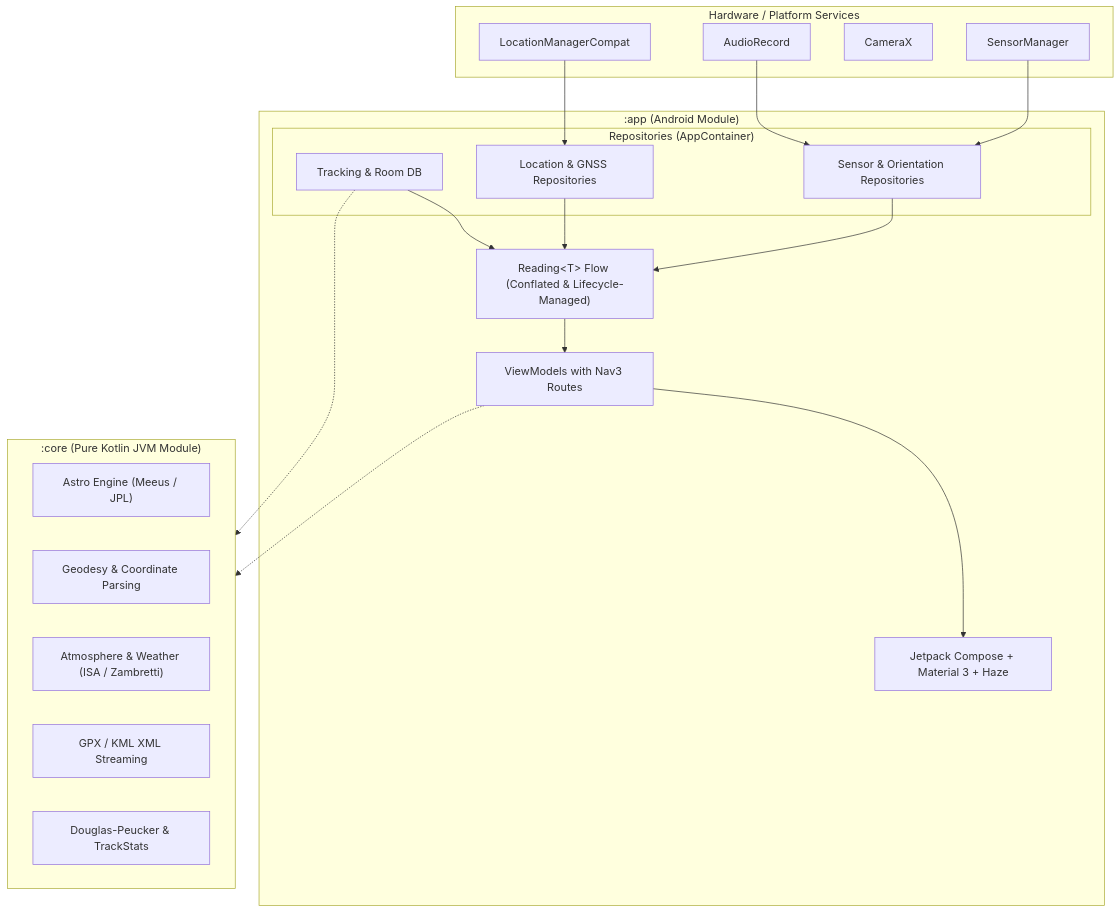
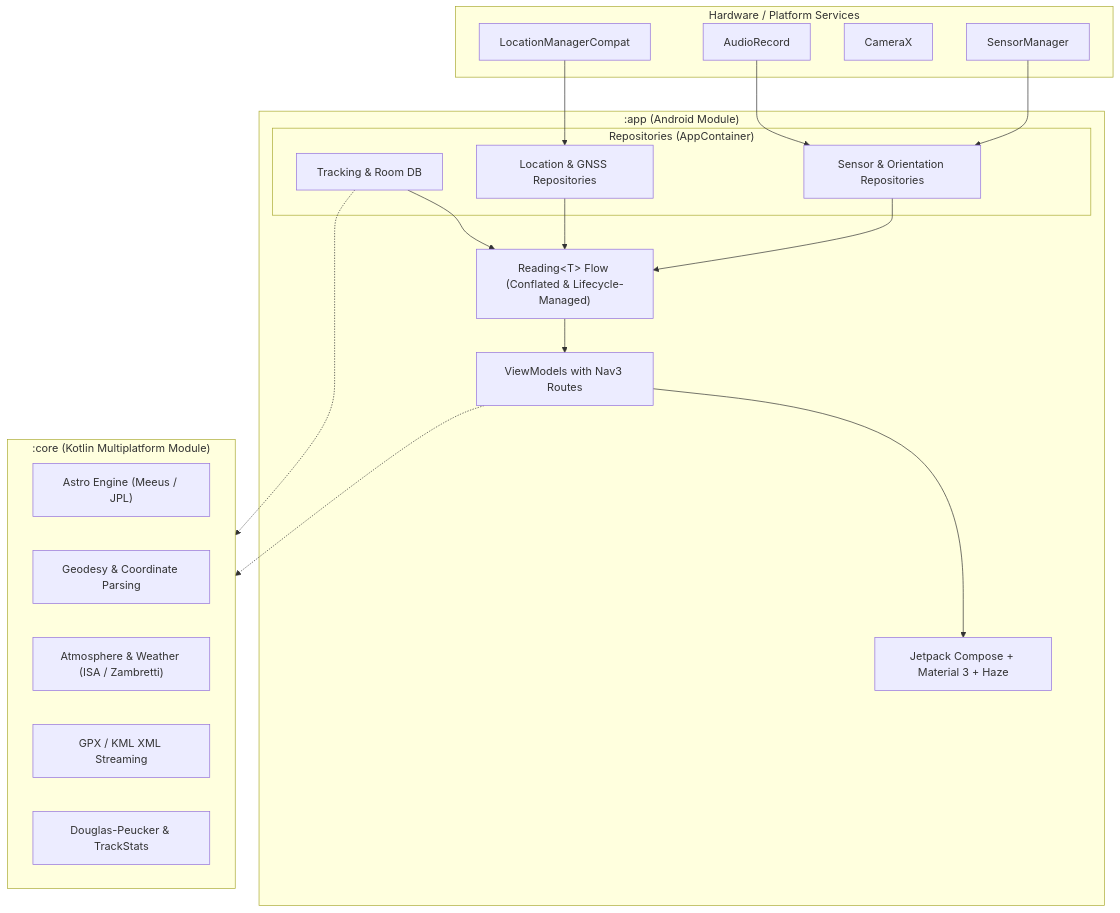
Before and after one commit to bharathvbcr/TrailBlazer: the diagram in README.md, drawn with Mermaid. The commit also changed other lines of this file and 21 other files, not shown here.

````diff
--- a/README.md
+++ b/README.md
@@ -48,43 +48,43 @@
 ```mermaid
 flowchart TD
     subgraph Hardware ["Hardware / Platform Services"]
         SM[SensorManager]
         LM[LocationManagerCompat]
         CAM[CameraX]
         MIC[AudioRecord]
     end
 
     subgraph AppLayer [":app (Android Module)"]
         subgraph Repositories ["Repositories (AppContainer)"]
             SR[Sensor & Orientation Repositories]
             LR[Location & GNSS Repositories]
             TR[Tracking & Room DB]
         end
         
         Reading["Reading&lt;T&gt; Flow (Conflated &amp; Lifecycle-Managed)"]
         VM[ViewModels with Nav3 Routes]
         UI[Jetpack Compose + Material 3 + Haze]
     end
 
-    subgraph CoreLayer [":core (Pure Kotlin JVM Module)"]
+    subgraph CoreLayer [":core (Kotlin Multiplatform Module)"]
         Astro["Astro Engine (Meeus / JPL)"]
         Geo["Geodesy &amp; Coordinate Parsing"]
         Atmo["Atmosphere &amp; Weather (ISA / Zambretti)"]
         IO["GPX / KML XML Streaming"]
         TrackAlg["Douglas-Peucker &amp; TrackStats"]
     end
 
     SM --> SR
     LM --> LR
     MIC --> SR
     
     SR --> Reading
     LR --> Reading
     TR --> Reading
     
     Reading --> VM
     VM --> UI
     
     VM -.-> CoreLayer
     TR -.-> CoreLayer
 ```
````
